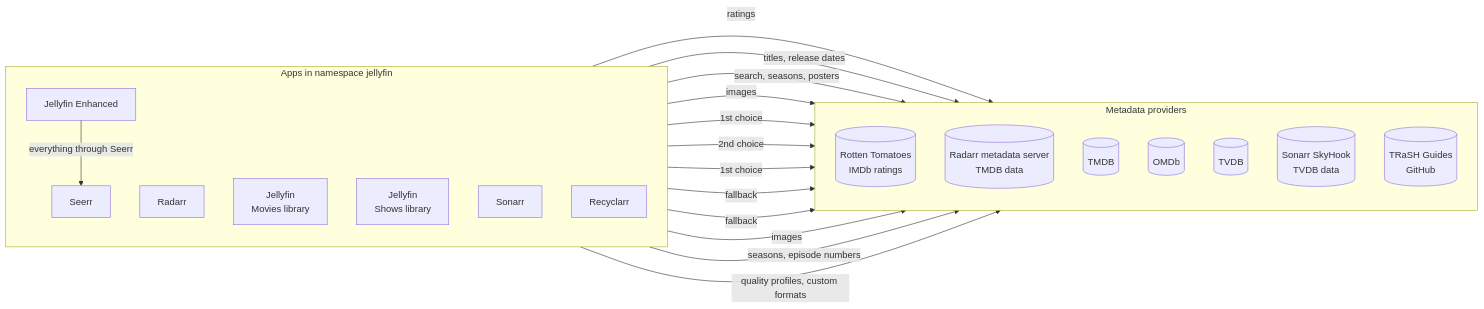
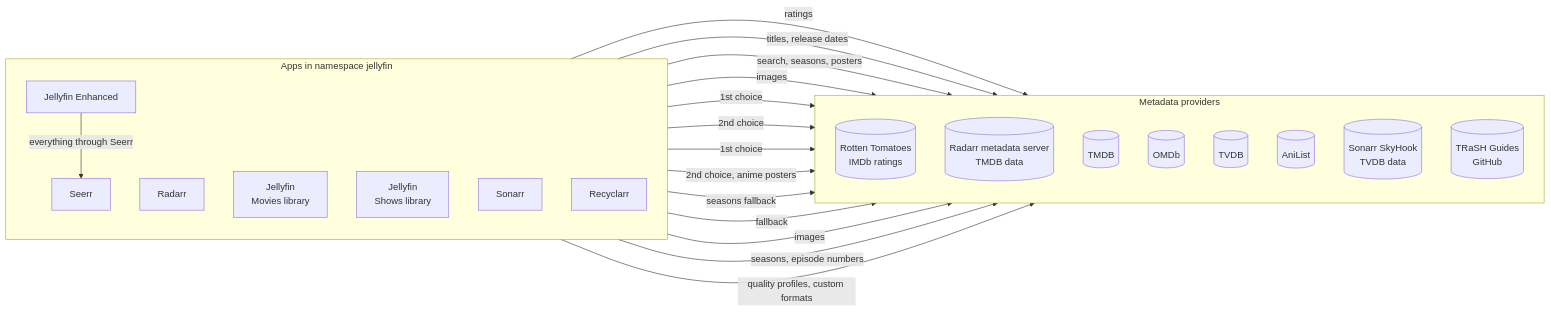
One commit to Yornik/sharkshere-gitops changed the third of 3 diagrams in docs/tech/README.md. Above: the diagram before and after it, drawn with Mermaid. The commit also changed other lines of this file, not shown here.

Commit message:
docs: add the AniList plugin to the metadata diagram and table
The Jellyfin Shows library now uses AniList after TheTVDB for series,
first for episodes and first for posters. TMDB is only a fallback for
seasons.

Claude-Session: https://claude.ai/code/session_01RgCDTkLLgGjTx4SN4uWshX

````diff
--- a/docs/tech/README.md
+++ b/docs/tech/README.md
@@ -137,38 +137,40 @@
 ```mermaid
 flowchart LR
   subgraph Apps["Apps in namespace jellyfin"]
     direction TB
     JE["Jellyfin Enhanced"]
     Seerr["Seerr"]
     Radarr["Radarr"]
     JFM["Jellyfin<br/>Movies library"]
     JFS["Jellyfin<br/>Shows library"]
     Sonarr["Sonarr"]
     Recyclarr["Recyclarr"]
   end
 
   subgraph Ext["Metadata providers"]
     direction TB
     Ratings[("Rotten Tomatoes<br/>IMDb ratings")]
     RadarrMeta[("Radarr metadata server<br/>TMDB data")]
     TMDB[("TMDB")]
     OMDb[("OMDb")]
     TVDB[("TVDB")]
+    AniList[("AniList")]
     SkyHook[("Sonarr SkyHook<br/>TVDB data")]
     Trash[("TRaSH Guides<br/>GitHub")]
   end
 
   JE -->|"everything through Seerr"| Seerr
   Seerr -->|ratings| Ratings
   Radarr -->|"titles, release dates"| RadarrMeta
   Seerr -->|"search, seasons, posters"| TMDB
   Radarr -->|images| TMDB
   JFM -->|"1st choice"| TMDB
   JFM -->|"2nd choice"| OMDb
   JFS -->|"1st choice"| TVDB
-  JFS -->|"fallback"| TMDB
+  JFS -->|"2nd choice, anime posters"| AniList
+  JFS -->|"seasons fallback"| TMDB
   JFS -->|"fallback"| OMDb
   Sonarr -->|images| TVDB
   Sonarr -->|"seasons, episode numbers"| SkyHook
   Recyclarr -->|"quality profiles, custom formats"| Trash
 ```
````
